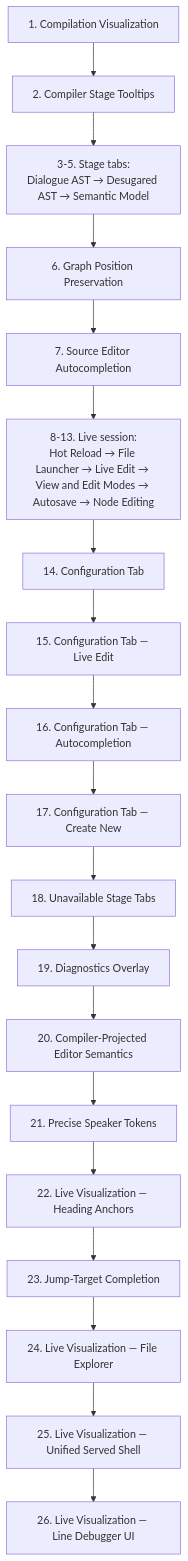
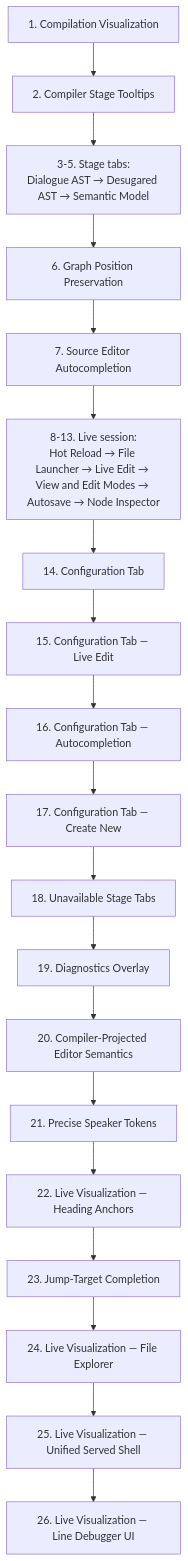
Before and after one commit to pengzhengyi/dialoguedown: the third of 4 diagrams in docs/contributing/design-notes/README.md, drawn with Mermaid. The commit also changed other lines of this file and 24 other files, not shown here.

````diff
--- a/docs/contributing/design-notes/README.md
+++ b/docs/contributing/design-notes/README.md
@@ -140,21 +140,21 @@
 ```mermaid
 flowchart TB
     CV["1. Compilation Visualization"] --> TT["2. Compiler Stage Tooltips"]
     TT --> TABS["3-5. Stage tabs:<br/>Dialogue AST → Desugared AST → Semantic Model"]
     TABS --> GX["6. Graph Position Preservation"]
     GX --> AC["7. Source Editor Autocompletion"]
-    AC --> LIVE["8-13. Live session:<br/>Hot Reload → File Launcher → Live Edit → View and Edit Modes → Autosave → Node Editing"]
+    AC --> LIVE["8-13. Live session:<br/>Hot Reload → File Launcher → Live Edit → View and Edit Modes → Autosave → Node Inspector"]
     LIVE --> CFG["14. Configuration Tab"]
     CFG --> CFGLE["15. Configuration Tab — Live Edit"]
     CFGLE --> CFGAC["16. Configuration Tab — Autocompletion"]
     CFGAC --> CFGCN["17. Configuration Tab — Create New"]
     CFGCN --> UST["18. Unavailable Stage Tabs"]
     UST --> DGO["19. Diagnostics Overlay"]
     DGO --> CPE["20. Compiler-Projected Editor Semantics"]
     CPE --> PST["21. Precise Speaker Tokens"]
     PST --> HA["22. Live Visualization — Heading Anchors"]
     HA --> JTC["23. Jump-Target Completion"]
     JTC --> FE["24. Live Visualization — File Explorer"]
     FE --> USS["25. Live Visualization — Unified Served Shell"]
     USS --> LDU["26. Live Visualization — Line Debugger UI"]
 ```
````
